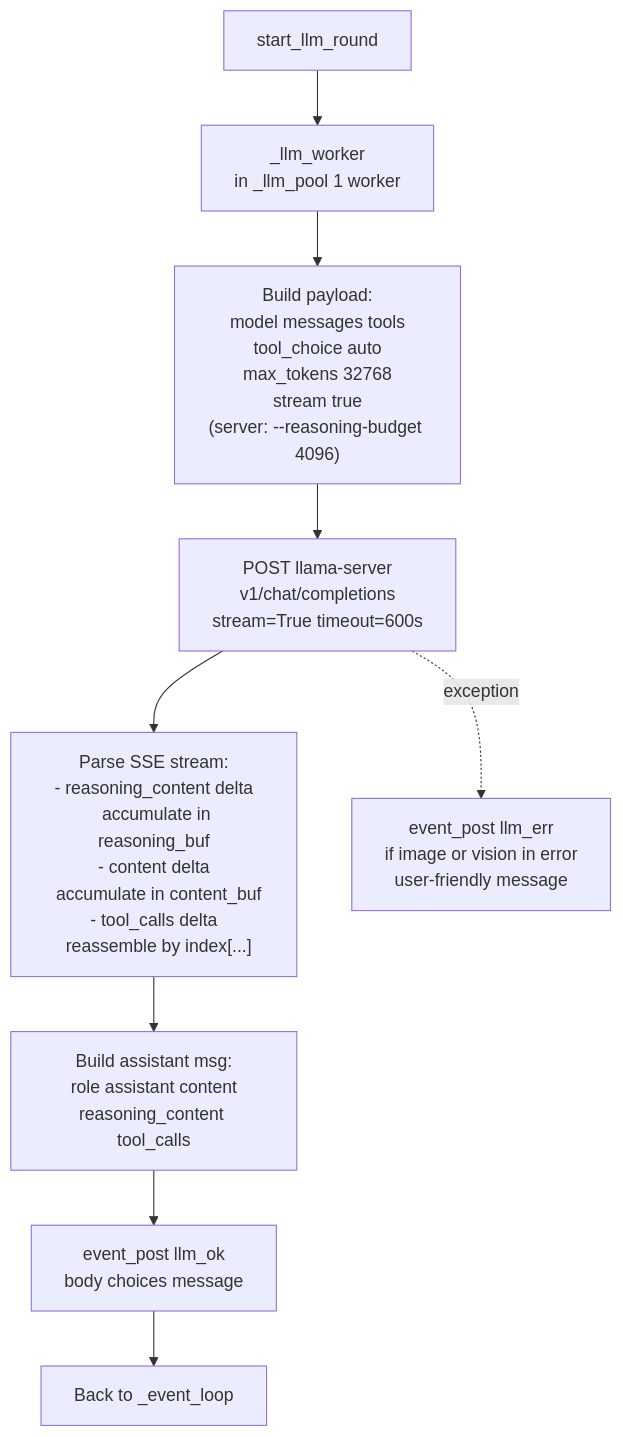
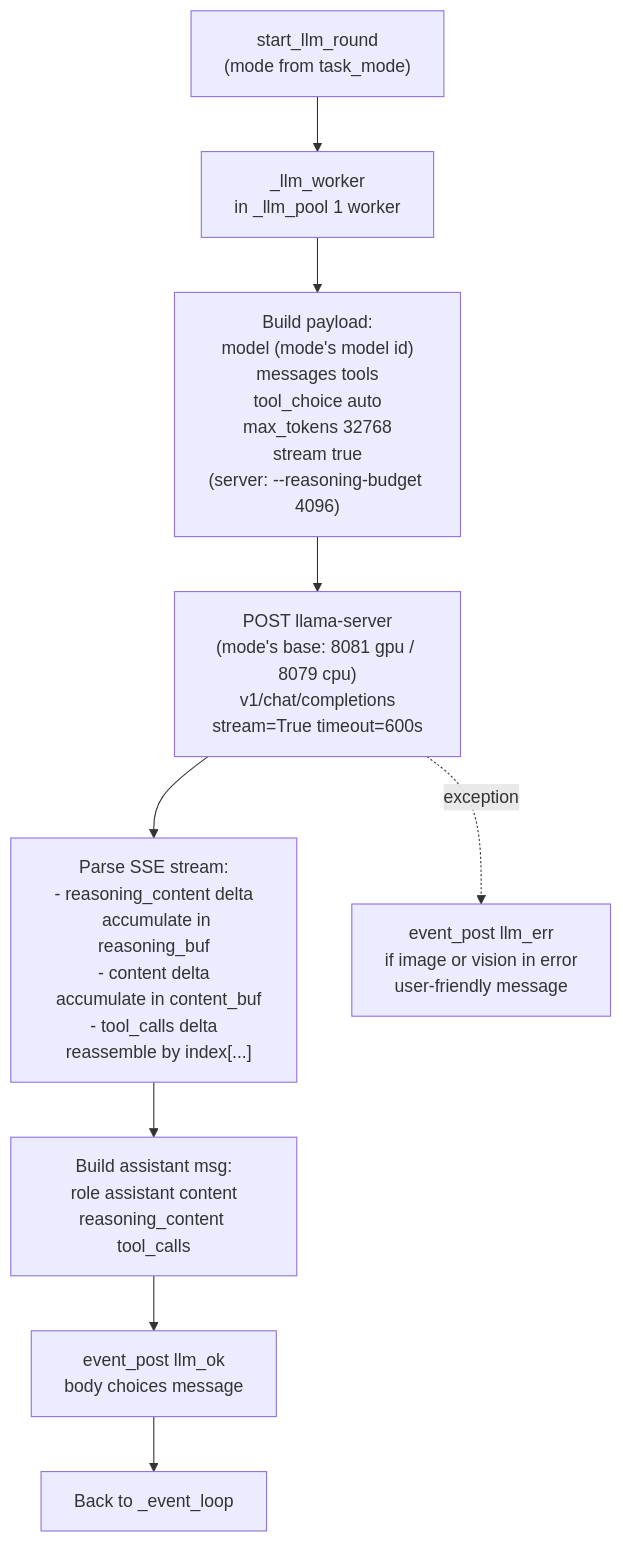
The tenth of 12 diagrams in README.md (Palash90/local-ai), drawn with Mermaid before and after one commit. The commit also changed other lines of this file and 15 other files, not shown here.

````diff
--- a/README.md
+++ b/README.md
@@ -395,12 +438,12 @@
 ```mermaid
 graph TD
-    StartRound0["start_llm_round"] --> LLMWorker["_llm_worker\nin _llm_pool 1 worker"]
-    LLMWorker -->     PayloadBuild["Build payload:\nmodel messages tools\ntool_choice auto\nmax_tokens 32768\nstream true\n(server: --reasoning-budget 4096)"]
-    PayloadBuild --> StreamReq["POST llama-server\nv1/chat/completions\nstream=True timeout=600s"]
+    StartRound0["start_llm_round\n(mode from task_mode)"] --> LLMWorker["_llm_worker\nin _llm_pool 1 worker"]
+    LLMWorker --> PayloadBuild["Build payload:\nmodel (mode's model id)\nmessages tools\ntool_choice auto\nmax_tokens 32768\nstream true\n(server: --reasoning-budget 4096)"]
+    PayloadBuild --> StreamReq["POST llama-server\n(mode's base: 8081 gpu / 8079 cpu)\nv1/chat/completions\nstream=True timeout=600s"]
     StreamReq --> StreamParse["Parse SSE stream:\n- reasoning_content delta\n  accumulate in reasoning_buf\n- content delta\n  accumulate in content_buf\n- tool_calls delta\n  reassemble by index[...]" ]
     StreamParse --> BuildAssistantMsg["Build assistant msg:\nrole assistant content\nreasoning_content tool_calls"]
     BuildAssistantMsg --> LLMOKPost["event_post llm_ok\nbody choices message"]
     LLMOKPost --> EvLoop["Back to _event_loop"]
 
     StreamReq -. "exception" .-> LLMException["event_post llm_err\nif image or vision in error\nuser-friendly message"]
 ```
````
